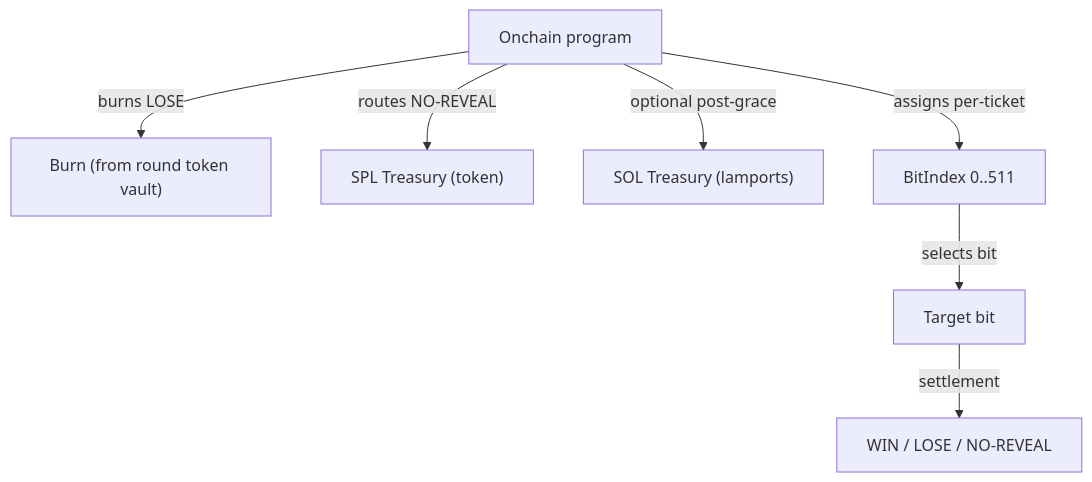
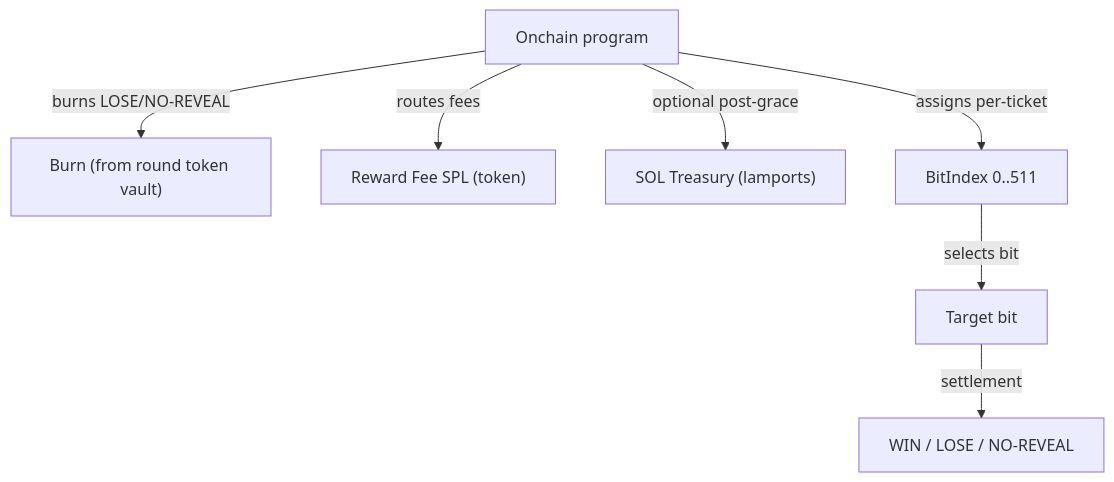
Before and after one commit to TIMLG-Protocol/timlg-protocol: the diagram in docs/protocol/treasury_bitindex.md, drawn with Mermaid. The commit also changed other lines of this file and 47 other files, not shown here.

Commit message:
docs: full English translation, roadmap redesign, and devnet beta bundle sync

````diff
--- a/docs/protocol/treasury_bitindex.md
+++ b/docs/protocol/treasury_bitindex.md
@@ -103,9 +102,9 @@
 ```mermaid
 flowchart TD
-  P["Onchain program"] -->|burns LOSE| B["Burn (from round token vault)"]
-  P -->|routes NO-REVEAL| SPL["SPL Treasury (token)"]
+  P["Onchain program"] -->|burns LOSE/NO-REVEAL| B["Burn (from round token vault)"]
+  P -->|routes fees| SPL["Reward Fee SPL (token)"]
   P -->|optional post-grace| SOL["SOL Treasury (lamports)"]
   P -->|assigns per-ticket| BI["BitIndex 0..511"]
   BI -->|selects bit| TB["Target bit"]
   TB -->|settlement| OUT["WIN / LOSE / NO-REVEAL"]
 ```
````
